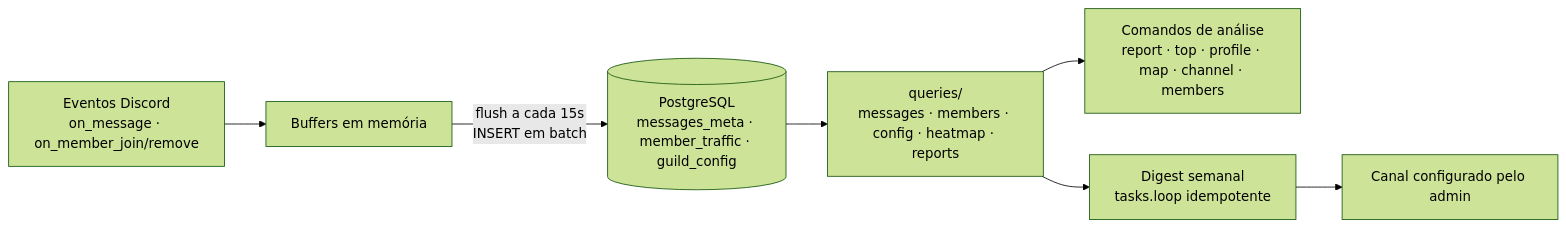
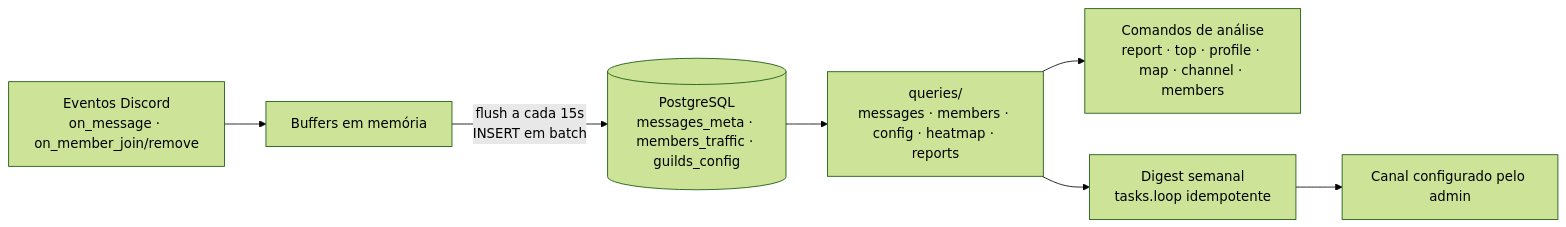
One commit to kayobass/xilove changed the diagram in README.md. Above: the diagram before and after it, drawn with Mermaid (forest theme). The commit also changed other lines of this file, not shown here.

````diff
--- a/README.md
+++ b/README.md
@@ -52,9 +52,9 @@
 ```mermaid
 flowchart LR
     A["Eventos Discord\non_message · on_member_join/remove"] --> B["Buffers em memória"]
-    B -->|"flush a cada 15s\nINSERT em batch"| C[("PostgreSQL\nmessages_meta · member_traffic · guild_config")]
+    B -->|"flush a cada 15s\nINSERT em batch"| C[("PostgreSQL\nmessages_meta · members_traffic · guilds_config")]
     C --> D["queries/\nmessages · members · config · heatmap · reports"]
     D --> E["Comandos de análise\nreport · top · profile · map · channel · members"]
     D --> F["Digest semanal\ntasks.loop idempotente"]
     F --> G["Canal configurado pelo admin"]
 ```
````
